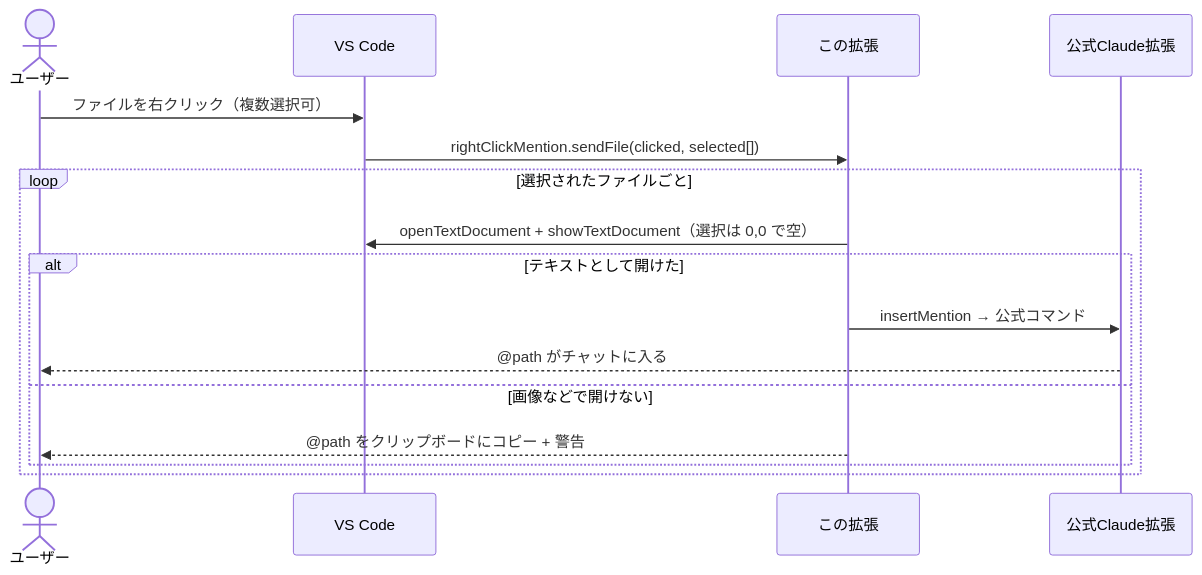
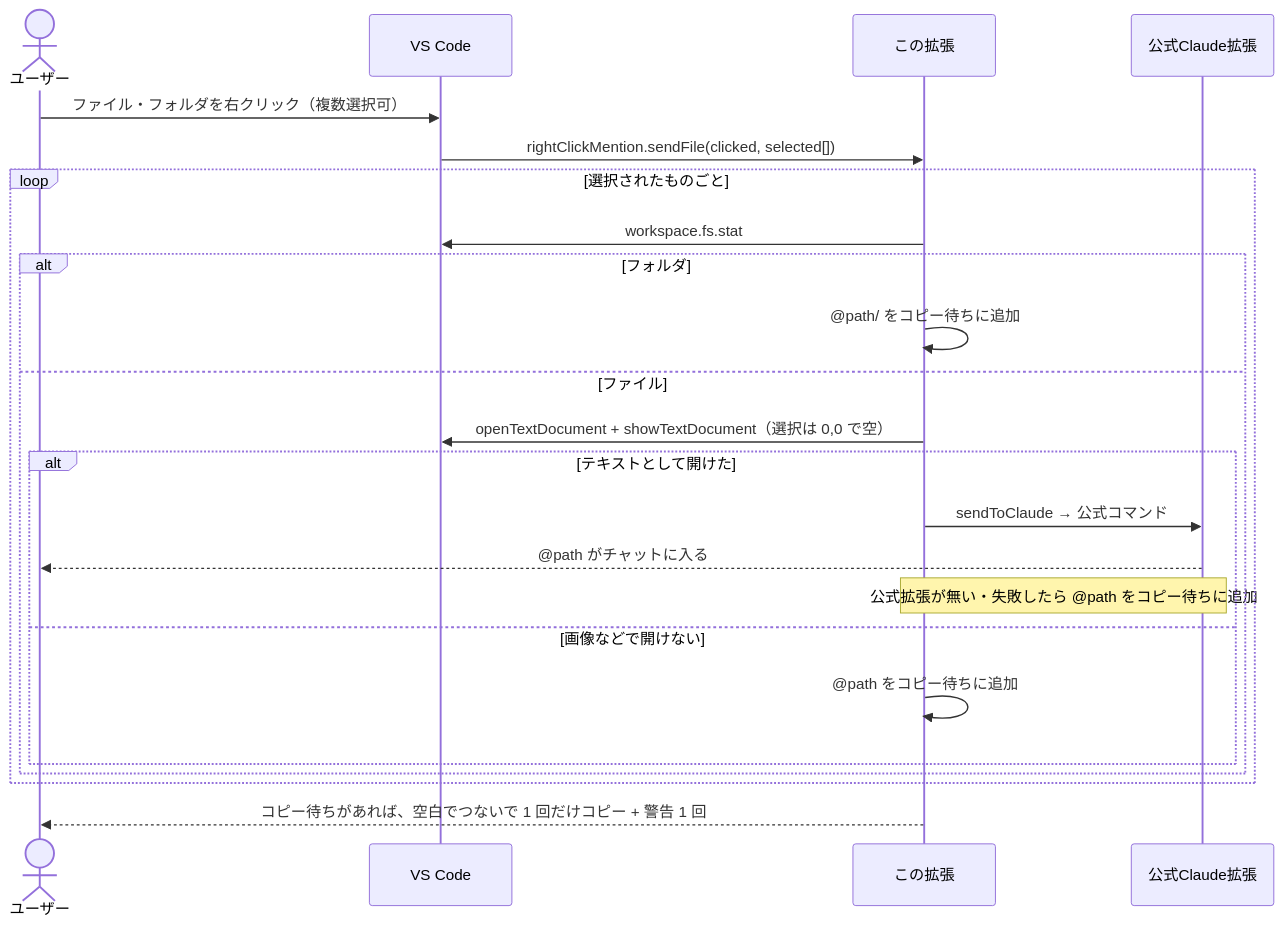
The fourth of 6 diagrams in docs/ARCHITECTURE.md (kip2/refs-to-chat), drawn with Mermaid before and after one commit. The commit also changed other lines of this file and 9 other files, not shown here.

````diff
--- a/docs/ARCHITECTURE.md
+++ b/docs/ARCHITECTURE.md
@@ -143,19 +151,26 @@
 ```mermaid
 sequenceDiagram
   actor U as ユーザー
   participant VS as VS Code
   participant E as この拡張
   participant C as 公式Claude拡張
 
-  U->>VS: ファイルを右クリック（複数選択可）
+  U->>VS: ファイル・フォルダを右クリック（複数選択可）
   VS->>E: rightClickMention.sendFile(clicked, selected[])
-  loop 選択されたファイルごと
-    E->>VS: openTextDocument + showTextDocument（選択は 0,0 で空）
-    alt テキストとして開けた
-      E->>C: insertMention → 公式コマンド
-      C-->>U: @path がチャットに入る
-    else 画像などで開けない
-      E-->>U: @path をクリップボードにコピー + 警告
+  loop 選択されたものごと
+    E->>VS: workspace.fs.stat
+    alt フォルダ
+      E->>E: @path/ をコピー待ちに追加
+    else ファイル
+      E->>VS: openTextDocument + showTextDocument（選択は 0,0 で空）
+      alt テキストとして開けた
+        E->>C: sendToClaude → 公式コマンド
+        C-->>U: @path がチャットに入る
+        Note over E,C: 公式拡張が無い・失敗したら @path をコピー待ちに追加
+      else 画像などで開けない
+        E->>E: @path をコピー待ちに追加
+      end
     end
   end
+  E-->>U: コピー待ちがあれば、空白でつないで 1 回だけコピー + 警告 1 回
 ```
````
